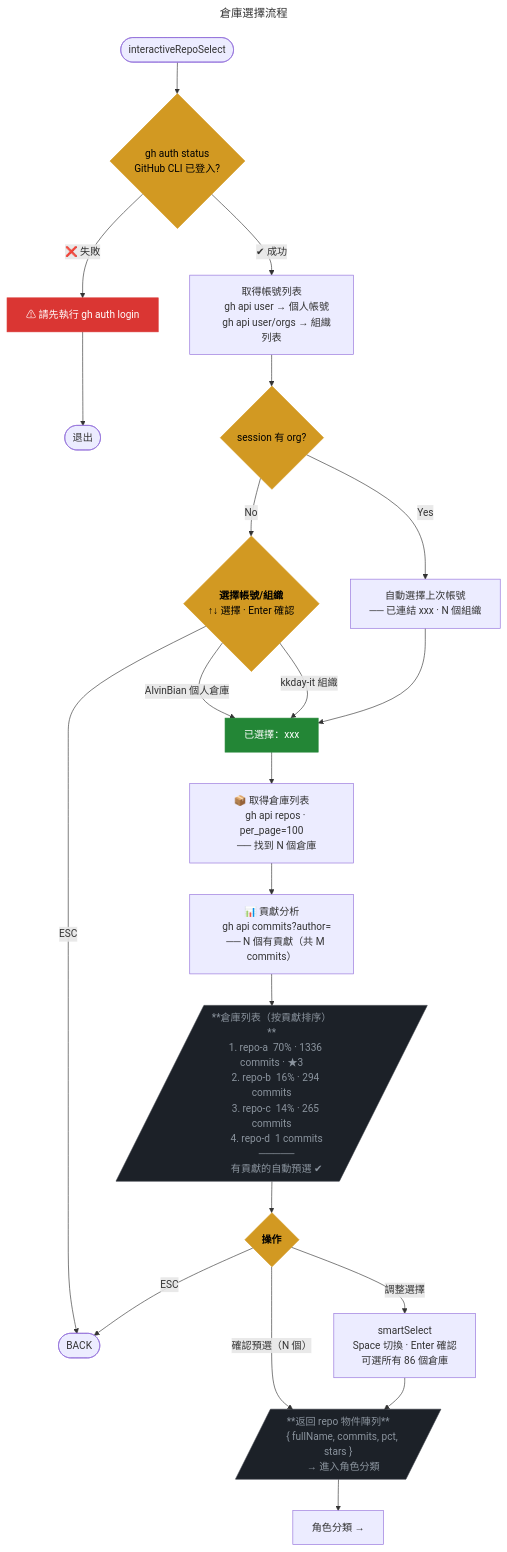
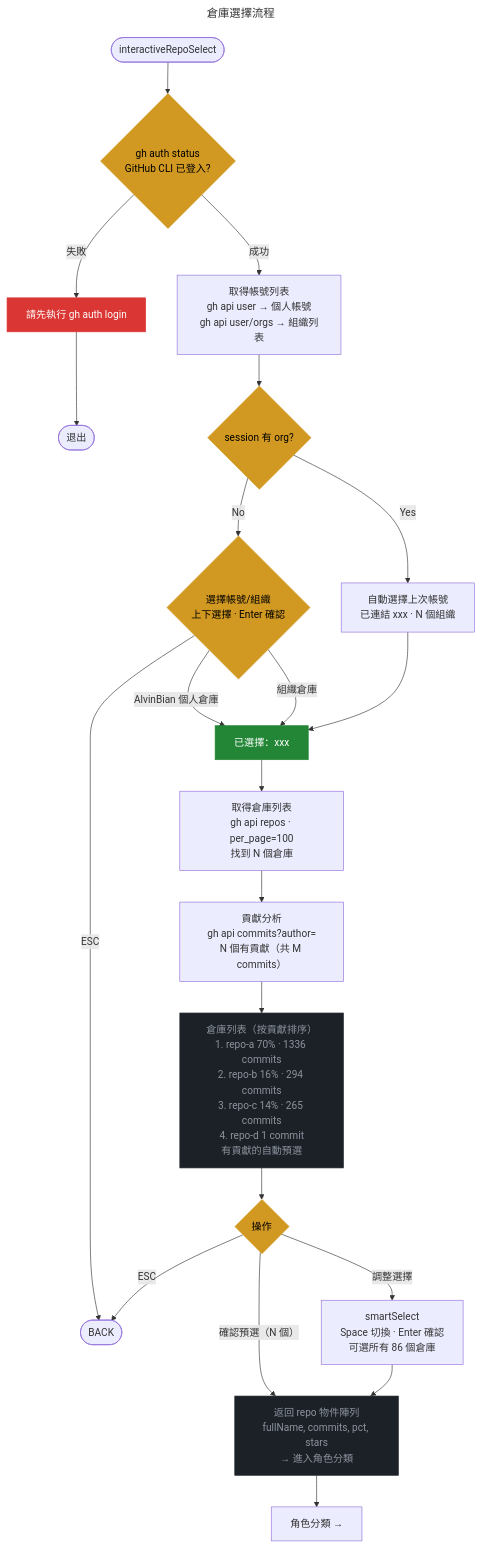
The diagram in docs/flows/repo-select.mmd (AlvinBian/ab-dotfiles), drawn with Mermaid before and after one commit. The commit also changed 3 other files, not shown here.

First line of the commit message:
fix(flow): 剩餘 4 個 .mmd 語法修復（agent 完成）

```diff
--- a/docs/flows/repo-select.mmd
+++ b/docs/flows/repo-select.mmd
@@ -1,73 +1,54 @@
 ---
 title: 倉庫選擇流程
 description: GitHub 帳號選擇 → 倉庫列表 → 貢獻分析 → 多選確認
 links:
   - setup-main: 返回主流程
   - role-system: 角色分類
 ---
 flowchart TD
-    Entry([interactiveRepoSelect]) --> Auth{"gh auth status
-    GitHub CLI 已登入?"}
-    Auth -->|"❌ 失敗"| AuthFail["⚠ 請先執行 gh auth login"] --> Exit([退出])
-    Auth -->|"✔ 成功"| FetchOrgs
+    Entry([interactiveRepoSelect]) --> Auth{"gh auth status<br/>GitHub CLI 已登入?"}
+    Auth -->|"失敗"| AuthFail["請先執行 gh auth login"] --> Exit([退出])
+    Auth -->|"成功"| FetchOrgs
 
-    FetchOrgs["取得帳號列表
-    gh api user → 個人帳號
-    gh api user/orgs → 組織列表"]
+    FetchOrgs["取得帳號列表<br/>gh api user → 個人帳號<br/>gh api user/orgs → 組織列表"]
 
-    FetchOrgs --> HasSession{session 有 org?}
-    HasSession -->|Yes| AutoOrg["自動選擇上次帳號
-    ── 已連結 xxx · N 個組織"]
+    FetchOrgs --> HasSession{"session 有 org?"}
+    HasSession -->|Yes| AutoOrg["自動選擇上次帳號<br/>已連結 xxx · N 個組織"]
     HasSession -->|No| OrgSelect
 
-    OrgSelect{"`**選擇帳號/組織**
-    ↑↓ 選擇 · Enter 確認`"}
+    OrgSelect{"選擇帳號/組織<br/>上下選擇 · Enter 確認"}
     OrgSelect -->|"AlvinBian 個人倉庫"| Selected
-    OrgSelect -->|"kkday-it 組織"| Selected
+    OrgSelect -->|"組織倉庫"| Selected
     OrgSelect -->|ESC| Back([BACK])
 
     AutoOrg --> Selected["已選擇：xxx"]
     Selected --> FetchRepos
 
-    FetchRepos["📦 取得倉庫列表
-    gh api repos · per_page=100
-    ── 找到 N 個倉庫"]
+    FetchRepos["取得倉庫列表<br/>gh api repos · per_page=100<br/>找到 N 個倉庫"]
 
-    FetchRepos --> Contrib["📊 貢獻分析
-    gh api commits?author=
-    ── N 個有貢獻（共 M commits）"]
+    FetchRepos --> Contrib["貢獻分析<br/>gh api commits?author=<br/>N 個有貢獻（共 M commits）"]
 
-    Contrib --> RepoList[/"**倉庫列表（按貢獻排序）**
-    1. repo-a  70% · 1336 commits · ★3
-    2. repo-b  16% · 294 commits
-    3. repo-c  14% · 265 commits
-    4. repo-d  1 commits
-    ─────
-    有貢獻的自動預選 ✔"/]
+    Contrib --> RepoList["倉庫列表（按貢獻排序）<br/>1. repo-a 70% · 1336 commits<br/>2. repo-b 16% · 294 commits<br/>3. repo-c 14% · 265 commits<br/>4. repo-d 1 commit<br/>有貢獻的自動預選"]
 
-    RepoList --> Confirm{"`**操作**`"}
+    RepoList --> Confirm{"操作"}
     Confirm -->|"確認預選（N 個）"| Return
-    Confirm -->|"調整選擇"| MultiSelect["smartSelect
-    Space 切換 · Enter 確認
-    可選所有 86 個倉庫"]
+    Confirm -->|"調整選擇"| MultiSelect["smartSelect<br/>Space 切換 · Enter 確認<br/>可選所有 86 個倉庫"]
     Confirm -->|ESC| Back
 
     MultiSelect --> Return
 
-    Return[/"**返回 repo 物件陣列**
-    { fullName, commits, pct, stars }
-    → 進入角色分類"/]
+    Return["返回 repo 物件陣列<br/>fullName, commits, pct, stars<br/>→ 進入角色分類"]
 
     Return --> RoleLink["角色分類 →"]
 
     click RoleLink "#role-system"
 
     classDef decision fill:#d29922,color:#000,stroke:#d29922
     classDef data fill:#1c2128,color:#8b949e,stroke:#30363d
     classDef success fill:#238636,color:#fff,stroke:#238636
     classDef error fill:#da3633,color:#fff,stroke:#da3633
 
     class Auth,HasSession,OrgSelect,Confirm decision
     class RepoList,Return data
     class Selected success
     class AuthFail error
```
